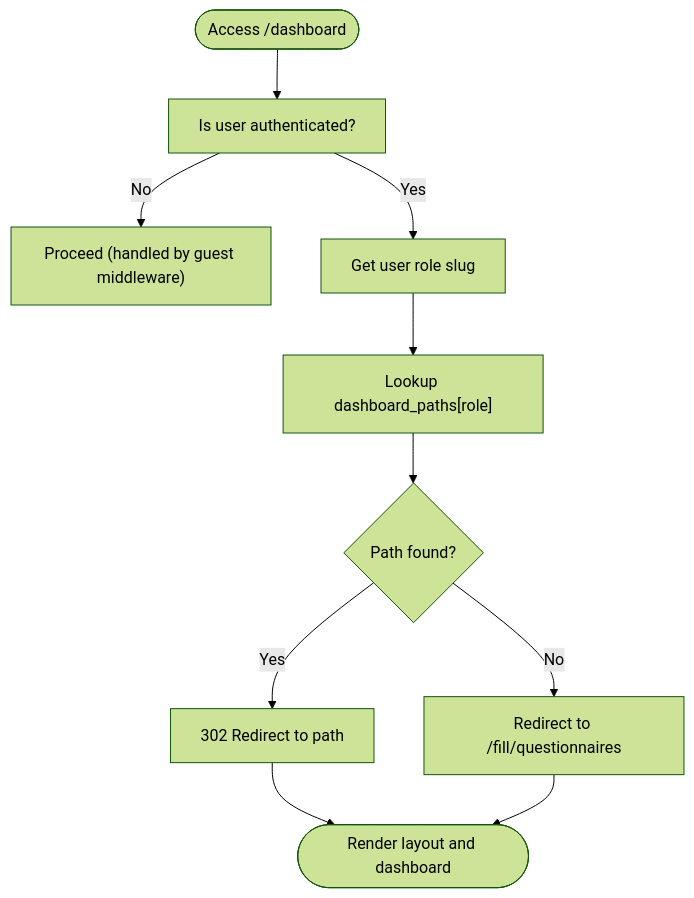
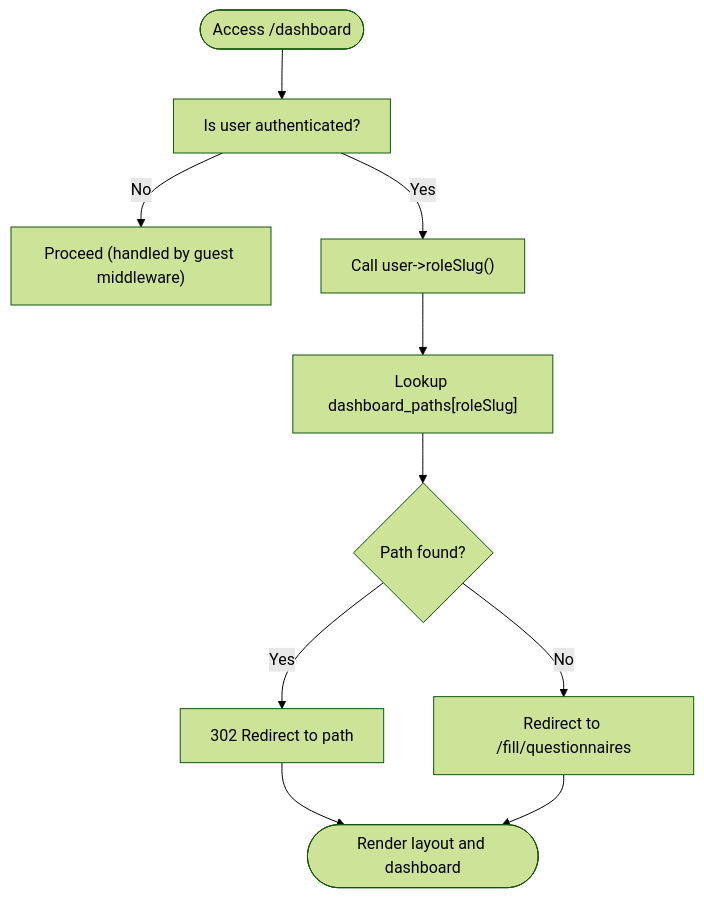
The third of 4 diagrams in .qoder/repowiki/en/content/Role-Based Access Control/Dashboard & Routing.md (rudicatsmile/assesment360), drawn with Mermaid (forest theme) before and after one commit. The commit also changed other lines of this file and 6 other files, not shown here.

````diff
--- a/.qoder/repowiki/en/content/Role-Based Access Control/Dashboard & Routing.md
+++ b/.qoder/repowiki/en/content/Role-Based Access Control/Dashboard & Routing.md
@@ -206,12 +223,12 @@
 ```mermaid
 flowchart TD
 Start(["Access /dashboard"]) --> CheckAuth["Is user authenticated?"]
 CheckAuth --> |No| Next["Proceed (handled by guest middleware)"]
-CheckAuth --> |Yes| GetRole["Get user role slug"]
-GetRole --> Lookup["Lookup dashboard_paths[role]"]
+CheckAuth --> |Yes| GetRole["Call user->roleSlug()"]
+GetRole --> Lookup["Lookup dashboard_paths[roleSlug]"]
 Lookup --> Found{"Path found?"}
 Found --> |Yes| Redirect["302 Redirect to path"]
 Found --> |No| Fallback["Redirect to /fill/questionnaires"]
 Redirect --> End(["Render layout and dashboard"])
 Fallback --> End
 ```
````
